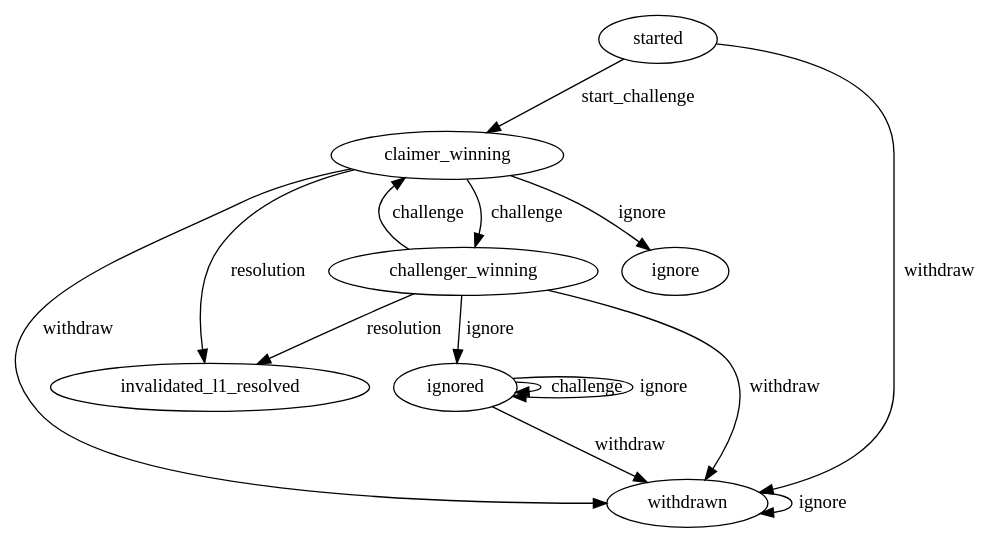
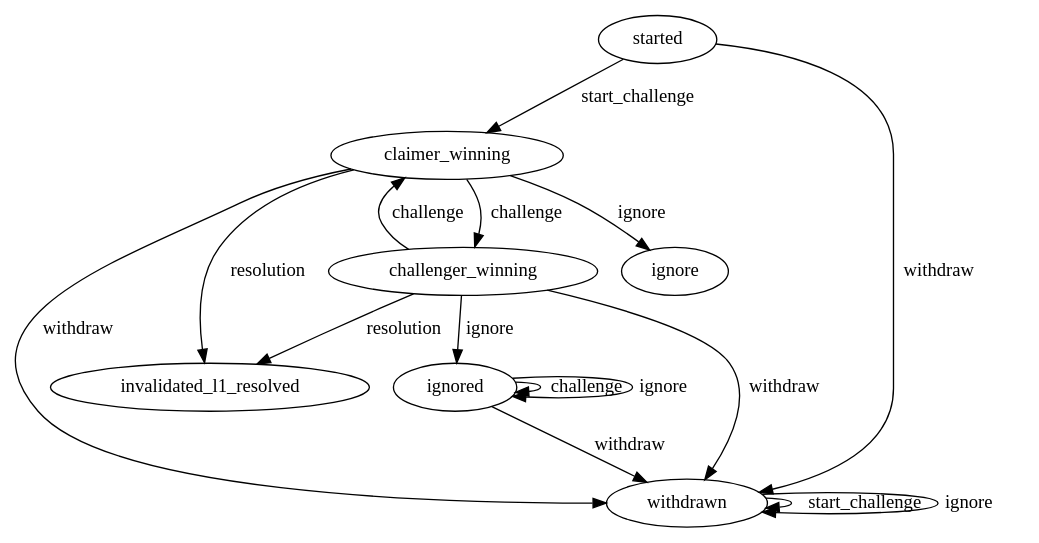
One commit to beamer-bridge/beamer changed the diagram in docs/source/claim_state_machine.dot. Above: the diagram before and after it, drawn with Graphviz. The commit also changed 1 other file, not shown here.

Commit message:
beamer: allow claim transition withdrawn -> withdrawn [start_challenge]

```diff
--- a/docs/source/claim_state_machine.dot
+++ b/docs/source/claim_state_machine.dot
@@ -1,22 +1,23 @@
 digraph claim_state_machine {
     node [] started, claimer_winning, challenger_winning, invalidated_l1_resolved, ignored, withdrawn;
 
     started -> claimer_winning [label = start_challenge];
+    withdrawn -> withdrawn [label = start_challenge];
     started -> withdrawn [label = withdraw];
 
     claimer_winning -> challenger_winning [label = challenge];
     challenger_winning -> claimer_winning [label = challenge];
     ignored -> ignored [label = challenge];
 
     claimer_winning -> invalidated_l1_resolved [label = resolution];
     challenger_winning -> invalidated_l1_resolved [label = resolution];
 
     claimer_winning -> withdrawn [label = withdraw];
     challenger_winning -> withdrawn [label = withdraw];
     ignored -> withdrawn [label = withdraw];
 
     claimer_winning -> ignore [label = ignore];
     challenger_winning -> ignored [label = ignore];
     ignored -> ignored [label = ignore];
     withdrawn -> withdrawn [label = ignore];
 }
```
